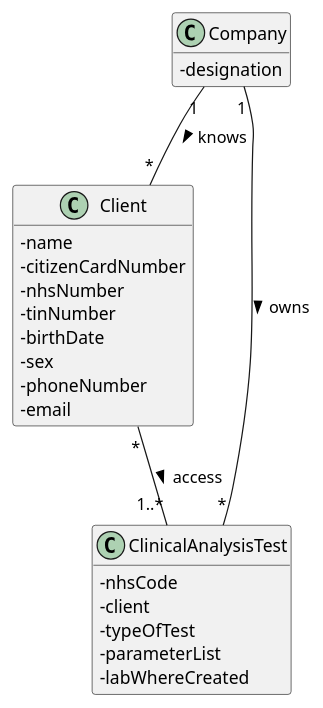
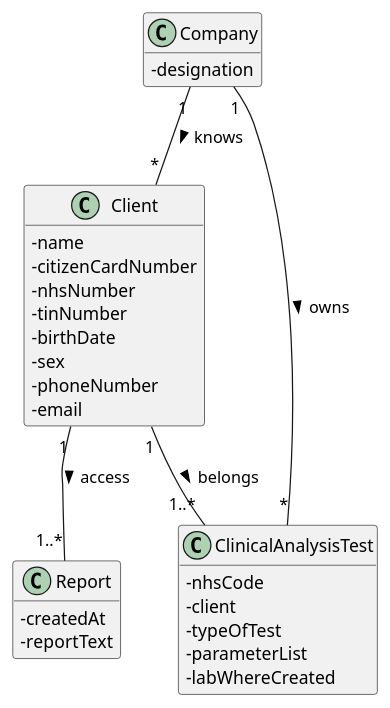
Before and after one commit to GuilhermeCunha79/lapr2: the diagram in docs/SprintD/US1/US1_MD.puml, drawn with PlantUML. The commit also changed 8 other files, not shown here.

Commit message:
US1 Diagrams US1 implementation and test

```diff
--- a/docs/SprintD/US1/US1_MD.puml
+++ b/docs/SprintD/US1/US1_MD.puml
@@ -1,32 +1,37 @@
 @startuml
 'https://plantuml.com/use-case-diagram
 hide methods
 skinparam classAttributeIconSize 0
 
 class Company{
 -designation
 }
 
 class Client {
 -name
 -citizenCardNumber
 -nhsNumber
 -tinNumber
 -birthDate
 -sex
 -phoneNumber
 -email
 }
 
 class ClinicalAnalysisTest {
 - nhsCode
 - client
 - typeOfTest
 - parameterList
 - labWhereCreated
+}
 
+class Report {
+- createdAt
+- reportText
 }
 Company"1" -- "*"Client :> knows
-Client"*" -- "1..*" ClinicalAnalysisTest :> access
+Client"1" -- "1..*" Report :> access
 Company "1" -- "*" ClinicalAnalysisTest :> owns
+Client "1" -- "1..*" ClinicalAnalysisTest :> belongs
 @enduml
```
